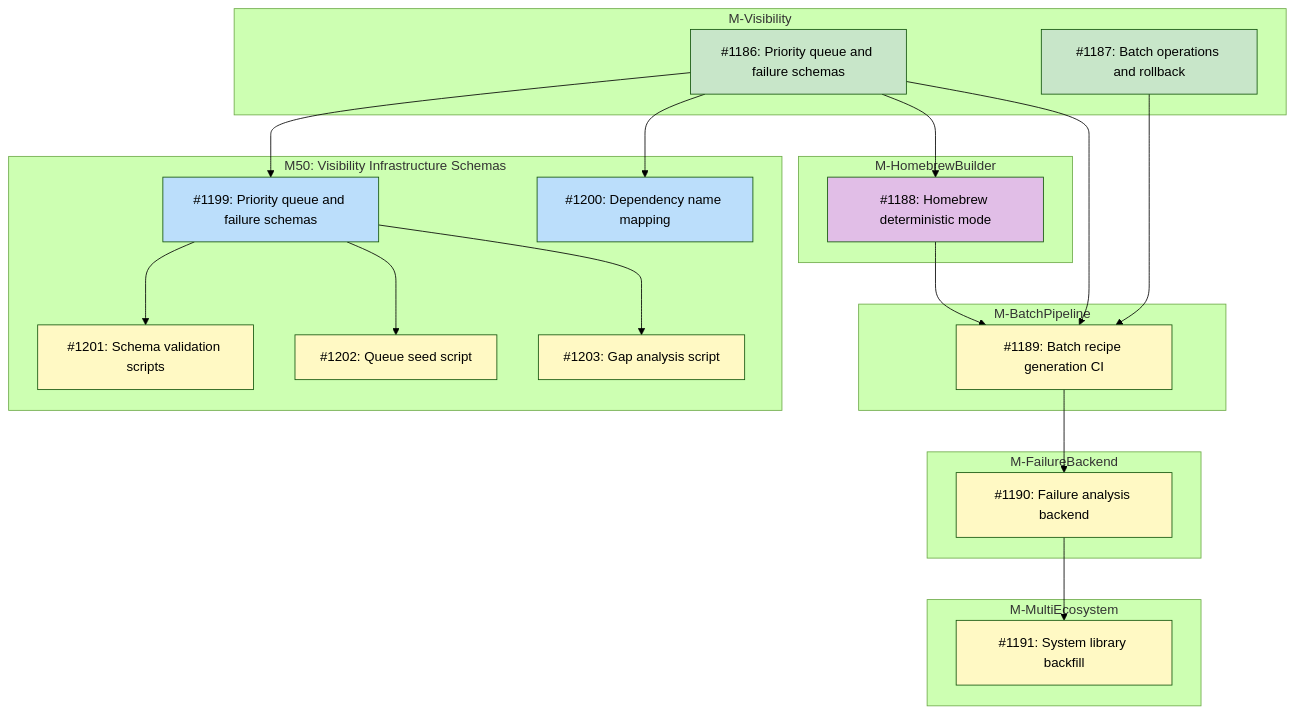
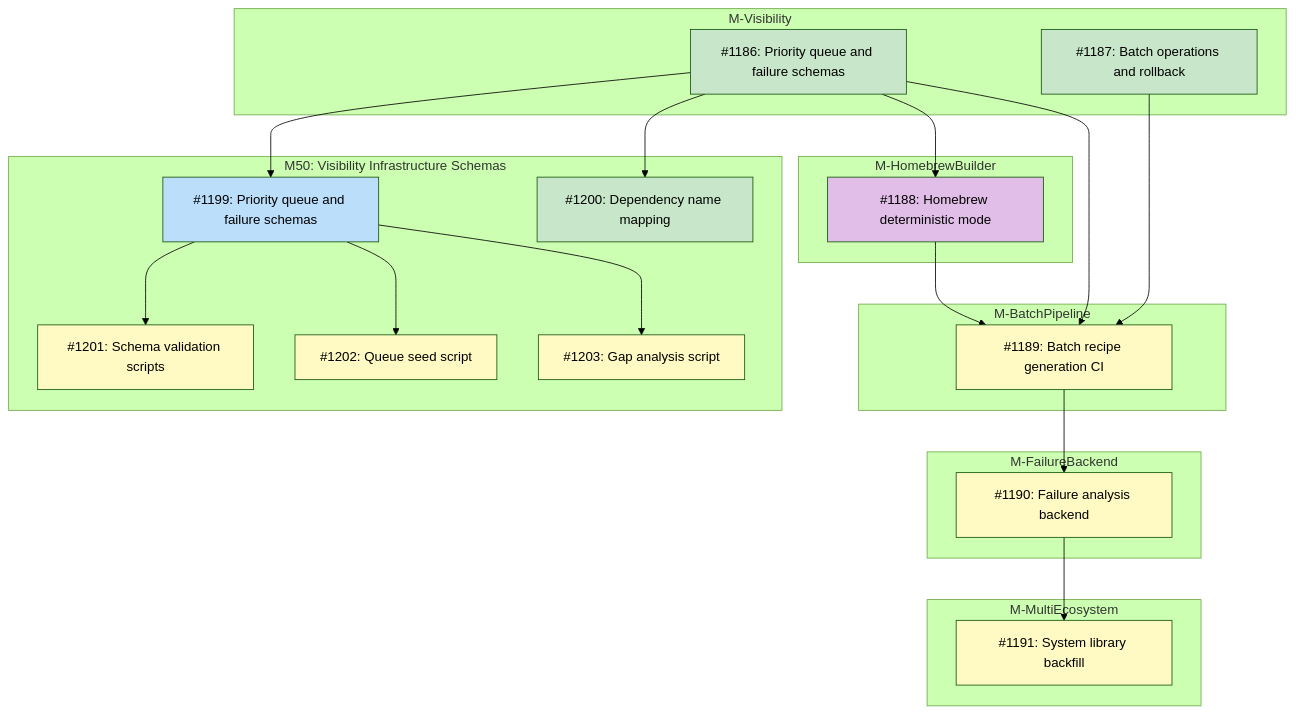
One commit to tsukumogami/tsuku changed the diagram in docs/designs/DESIGN-registry-scale-strategy.md. Above: the diagram before and after it, drawn with Mermaid (forest theme). The commit also changed other lines of this file and 3 other files, not shown here.

````diff
--- a/docs/designs/DESIGN-registry-scale-strategy.md
+++ b/docs/designs/DESIGN-registry-scale-strategy.md
@@ -67,54 +67,55 @@
 ```mermaid
 graph TD
     subgraph M_Visibility["M-Visibility"]
         I1186["#1186: Priority queue and failure schemas"]
         I1187["#1187: Batch operations and rollback"]
     end
 
     subgraph M50["M50: Visibility Infrastructure Schemas"]
         I1199["#1199: Priority queue and failure schemas"]
         I1200["#1200: Dependency name mapping"]
         I1201["#1201: Schema validation scripts"]
         I1202["#1202: Queue seed script"]
         I1203["#1203: Gap analysis script"]
     end
 
     subgraph M_HomebrewBuilder["M-HomebrewBuilder"]
         I1188["#1188: Homebrew deterministic mode"]
     end
 
     subgraph M_BatchPipeline["M-BatchPipeline"]
         I1189["#1189: Batch recipe generation CI"]
     end
 
     subgraph M_FailureBackend["M-FailureBackend"]
         I1190["#1190: Failure analysis backend"]
     end
 
     subgraph M_MultiEcosystem["M-MultiEcosystem"]
         I1191["#1191: System library backfill"]
     end
 
     I1186 --> I1199
     I1186 --> I1200
     I1199 --> I1201
     I1199 --> I1202
     I1199 --> I1203
     I1186 --> I1188
     I1186 --> I1189
     I1187 --> I1189
     I1188 --> I1189
     I1189 --> I1190
     I1190 --> I1191
 
     classDef done fill:#c8e6c9
     classDef ready fill:#bbdefb
     classDef blocked fill:#fff9c4
     classDef needsDesign fill:#e1bee7
 
     class I1186,I1187 done
-    class I1199,I1200 ready
+    class I1200 done
+    class I1199 ready
     class I1188 needsDesign
     class I1201,I1202,I1203 blocked
     class I1189,I1190,I1191 blocked
 ```
````
